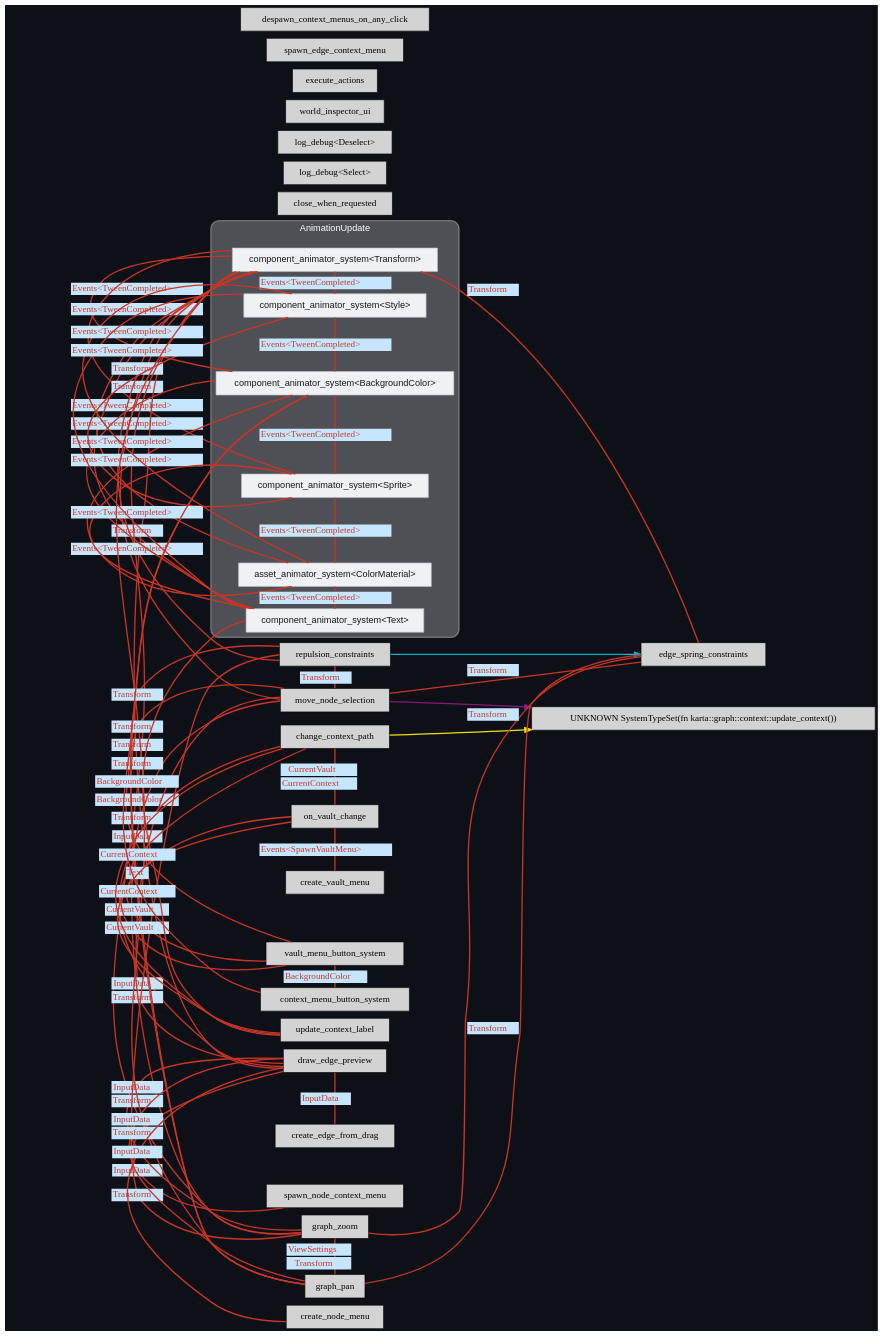
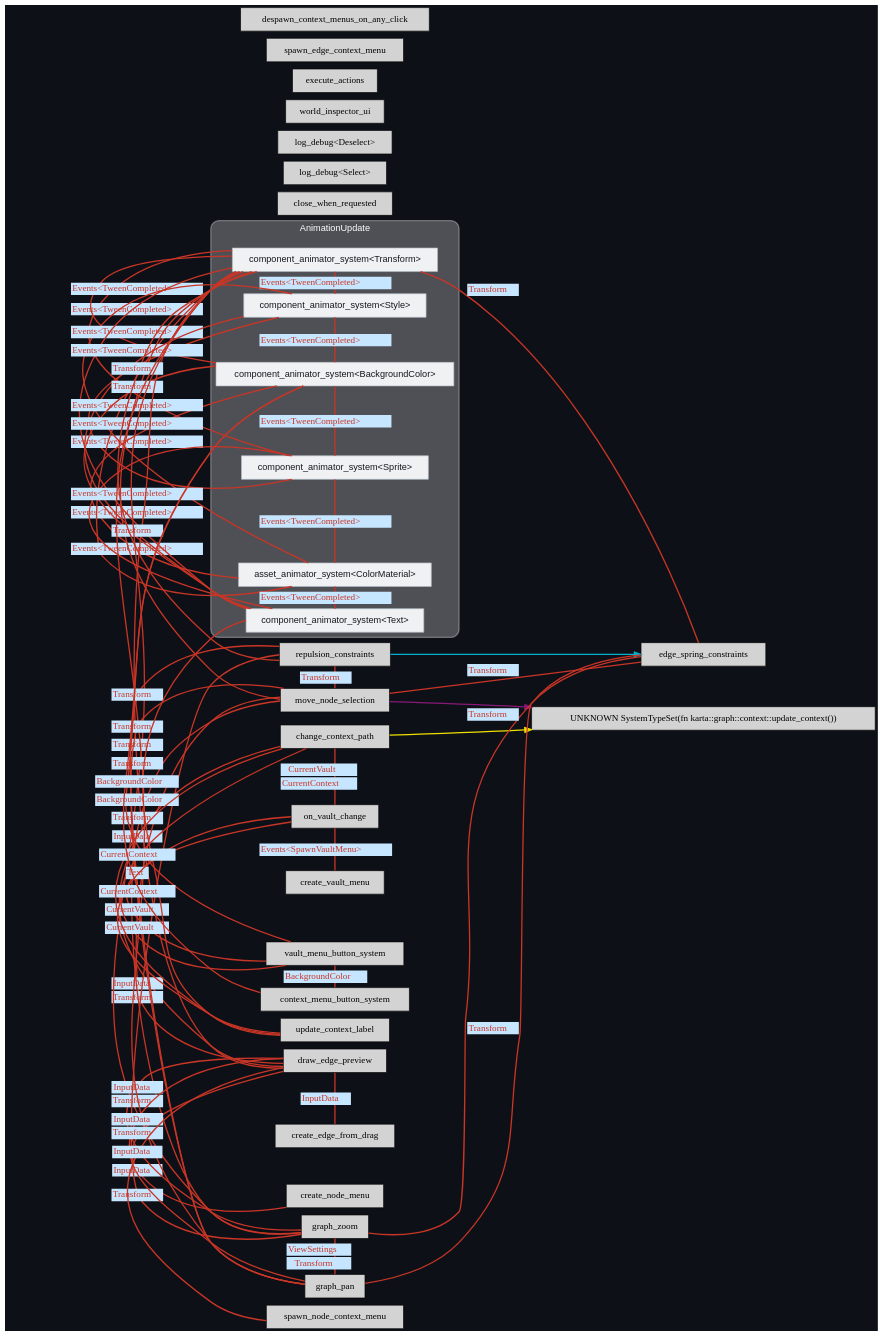
Before and after one commit to teodosin/karta: the diagram in src/schedule_graphs/update.dot, drawn with Graphviz. The commit also changed 9 other files, not shown here.

```diff
--- a/src/schedule_graphs/update.dot
+++ b/src/schedule_graphs/update.dot
@@ -50,16 +50,21 @@
 	"node_System(6)" -> "UNKNOWN SystemTypeSet(fn karta::graph::context::update_context())" ["lhead"="", "ltail"="", "tooltip"="move_node_selection → SystemTypeSet(update_context())", "color"="#881877"]
 	"node_System(10)" -> "node_System(11)" ["lhead"="", "ltail"="", "tooltip"="repulsion_constraints → edge_spring_constraints", "color"="#00b0cc"]
 	"node_System(5)" -> "node_System(4)" ["dir"="none", "constraint"="false", "color"="#c93526", "fontcolor"="#c93526", "label"=<<table border="0" cellborder="0"><tr><td bgcolor="#c6e6ff">CurrentVault</td></tr><tr><td bgcolor="#c6e6ff">CurrentContext</td></tr></table>>, "labeltooltip"="change_context_path — on_vault_change"]
+	"node_System(6)" -> "node_System(16)" ["dir"="none", "constraint"="false", "color"="#c93526", "fontcolor"="#c93526", "label"=<<table border="0" cellborder="0"><tr><td bgcolor="#c6e6ff">Transform</td></tr></table>>, "labeltooltip"="move_node_selection — component_animator_system<Transform>"]
 	"node_System(8)" -> "node_System(5)" ["dir"="none", "constraint"="false", "color"="#c93526", "fontcolor"="#c93526", "label"=<<table border="0" cellborder="0"><tr><td bgcolor="#c6e6ff">InputData</td></tr></table>>, "labeltooltip"="draw_edge_preview — change_context_path"]
 	"node_System(8)" -> "node_System(6)" ["dir"="none", "constraint"="false", "color"="#c93526", "fontcolor"="#c93526", "label"=<<table border="0" cellborder="0"><tr><td bgcolor="#c6e6ff">InputData</td></tr><tr><td bgcolor="#c6e6ff">Transform</td></tr></table>>, "labeltooltip"="draw_edge_preview — move_node_selection"]
 	"node_System(8)" -> "node_System(7)" ["dir"="none", "constraint"="false", "color"="#c93526", "fontcolor"="#c93526", "label"=<<table border="0" cellborder="0"><tr><td bgcolor="#c6e6ff">InputData</td></tr></table>>, "labeltooltip"="draw_edge_preview — create_edge_from_drag"]
-	"node_System(8)" -> "node_System(25)" ["dir"="none", "constraint"="false", "color"="#c93526", "fontcolor"="#c93526", "label"=<<table border="0" cellborder="0"><tr><td bgcolor="#c6e6ff">InputData</td></tr></table>>, "labeltooltip"="draw_edge_preview — spawn_node_context_menu"]
+	"node_System(8)" -> "node_System(16)" ["dir"="none", "constraint"="false", "color"="#c93526", "fontcolor"="#c93526", "label"=<<table border="0" cellborder="0"><tr><td bgcolor="#c6e6ff">Transform</td></tr></table>>, "labeltooltip"="draw_edge_preview — component_animator_system<Transform>"]
+	"node_System(8)" -> "node_System(22)" ["dir"="none", "constraint"="false", "color"="#c93526", "fontcolor"="#c93526", "label"=<<table border="0" cellborder="0"><tr><td bgcolor="#c6e6ff">InputData</td></tr></table>>, "labeltooltip"="draw_edge_preview — create_node_menu"]
 	"node_System(10)" -> "node_System(6)" ["dir"="none", "constraint"="false", "color"="#c93526", "fontcolor"="#c93526", "label"=<<table border="0" cellborder="0"><tr><td bgcolor="#c6e6ff">Transform</td></tr></table>>, "labeltooltip"="repulsion_constraints — move_node_selection"]
+	"node_System(10)" -> "node_System(16)" ["dir"="none", "constraint"="false", "color"="#c93526", "fontcolor"="#c93526", "label"=<<table border="0" cellborder="0"><tr><td bgcolor="#c6e6ff">Transform</td></tr></table>>, "labeltooltip"="repulsion_constraints — component_animator_system<Transform>"]
 	"node_System(11)" -> "node_System(6)" ["dir"="none", "constraint"="false", "color"="#c93526", "fontcolor"="#c93526", "label"=<<table border="0" cellborder="0"><tr><td bgcolor="#c6e6ff">Transform</td></tr></table>>, "labeltooltip"="edge_spring_constraints — move_node_selection"]
+	"node_System(11)" -> "node_System(16)" ["dir"="none", "constraint"="false", "color"="#c93526", "fontcolor"="#c93526", "label"=<<table border="0" cellborder="0"><tr><td bgcolor="#c6e6ff">Transform</td></tr></table>>, "labeltooltip"="edge_spring_constraints — component_animator_system<Transform>"]
 	"node_System(12)" -> "node_System(6)" ["dir"="none", "constraint"="false", "color"="#c93526", "fontcolor"="#c93526", "label"=<<table border="0" cellborder="0"><tr><td bgcolor="#c6e6ff">Transform</td></tr></table>>, "labeltooltip"="graph_zoom — move_node_selection"]
 	"node_System(12)" -> "node_System(8)" ["dir"="none", "constraint"="false", "color"="#c93526", "fontcolor"="#c93526", "label"=<<table border="0" cellborder="0"><tr><td bgcolor="#c6e6ff">InputData</td></tr><tr><td bgcolor="#c6e6ff">Transform</td></tr></table>>, "labeltooltip"="graph_zoom — draw_edge_preview"]
 	"node_System(12)" -> "node_System(10)" ["dir"="none", "constraint"="false", "color"="#c93526", "fontcolor"="#c93526", "label"=<<table border="0" cellborder="0"><tr><td bgcolor="#c6e6ff">Transform</td></tr></table>>, "labeltooltip"="graph_zoom — repulsion_constraints"]
 	"node_System(12)" -> "node_System(11)" ["dir"="none", "constraint"="false", "color"="#c93526", "fontcolor"="#c93526", "label"=<<table border="0" cellborder="0"><tr><td bgcolor="#c6e6ff">Transform</td></tr></table>>, "labeltooltip"="graph_zoom — edge_spring_constraints"]
+	"node_System(12)" -> "node_System(16)" ["dir"="none", "constraint"="false", "color"="#c93526", "fontcolor"="#c93526", "label"=<<table border="0" cellborder="0"><tr><td bgcolor="#c6e6ff">Transform</td></tr></table>>, "labeltooltip"="graph_zoom — component_animator_system<Transform>"]
 	"node_System(13)" -> "node_System(6)" ["dir"="none", "constraint"="false", "color"="#c93526", "fontcolor"="#c93526", "label"=<<table border="0" cellborder="0"><tr><td bgcolor="#c6e6ff">Transform</td></tr></table>>, "labeltooltip"="graph_pan — move_node_selection"]
 	"node_System(13)" -> "node_System(8)" ["dir"="none", "constraint"="false", "color"="#c93526", "fontcolor"="#c93526", "label"=<<table border="0" cellborder="0"><tr><td bgcolor="#c6e6ff">InputData</td></tr><tr><td bgcolor="#c6e6ff">Transform</td></tr></table>>, "labeltooltip"="graph_pan — draw_edge_preview"]
 	"node_System(13)" -> "node_System(10)" ["dir"="none", "constraint"="false", "color"="#c93526", "fontcolor"="#c93526", "label"=<<table border="0" cellborder="0"><tr><td bgcolor="#c6e6ff">Transform</td></tr></table>>, "labeltooltip"="graph_pan — repulsion_constraints"]
@@ -69,31 +74,26 @@
 	"node_System(14)" -> "node_System(4)" ["dir"="none", "constraint"="false", "color"="#c93526", "fontcolor"="#c93526", "label"=<<table border="0" cellborder="0"><tr><td bgcolor="#c6e6ff">Events&lt;SpawnVaultMenu&gt;</td></tr></table>>, "labeltooltip"="create_vault_menu — on_vault_change"]
 	"node_System(15)" -> "node_System(4)" ["dir"="none", "constraint"="false", "color"="#c93526", "fontcolor"="#c93526", "label"=<<table border="0" cellborder="0"><tr><td bgcolor="#c6e6ff">CurrentVault</td></tr></table>>, "labeltooltip"="vault_menu_button_system — on_vault_change"]
 	"node_System(15)" -> "node_System(5)" ["dir"="none", "constraint"="false", "color"="#c93526", "fontcolor"="#c93526", "label"=<<table border="0" cellborder="0"><tr><td bgcolor="#c6e6ff">CurrentVault</td></tr></table>>, "labeltooltip"="vault_menu_button_system — change_context_path"]
-	"node_System(16)" -> "node_System(6)" ["dir"="none", "constraint"="false", "color"="#c93526", "fontcolor"="#c93526", "label"=<<table border="0" cellborder="0"><tr><td bgcolor="#c6e6ff">Transform</td></tr></table>>, "labeltooltip"="component_animator_system<Transform> — move_node_selection"]
-	"node_System(16)" -> "node_System(8)" ["dir"="none", "constraint"="false", "color"="#c93526", "fontcolor"="#c93526", "label"=<<table border="0" cellborder="0"><tr><td bgcolor="#c6e6ff">Transform</td></tr></table>>, "labeltooltip"="component_animator_system<Transform> — draw_edge_preview"]
-	"node_System(16)" -> "node_System(10)" ["dir"="none", "constraint"="false", "color"="#c93526", "fontcolor"="#c93526", "label"=<<table border="0" cellborder="0"><tr><td bgcolor="#c6e6ff">Transform</td></tr></table>>, "labeltooltip"="component_animator_system<Transform> — repulsion_constraints"]
-	"node_System(16)" -> "node_System(11)" ["dir"="none", "constraint"="false", "color"="#c93526", "fontcolor"="#c93526", "label"=<<table border="0" cellborder="0"><tr><td bgcolor="#c6e6ff">Transform</td></tr></table>>, "labeltooltip"="component_animator_system<Transform> — edge_spring_constraints"]
-	"node_System(16)" -> "node_System(12)" ["dir"="none", "constraint"="false", "color"="#c93526", "fontcolor"="#c93526", "label"=<<table border="0" cellborder="0"><tr><td bgcolor="#c6e6ff">Transform</td></tr></table>>, "labeltooltip"="component_animator_system<Transform> — graph_zoom"]
-	"node_System(16)" -> "node_System(17)" ["dir"="none", "constraint"="false", "color"="#c93526", "fontcolor"="#c93526", "label"=<<table border="0" cellborder="0"><tr><td bgcolor="#c6e6ff">Events&lt;TweenCompleted&gt;</td></tr></table>>, "labeltooltip"="component_animator_system<Transform> — component_animator_system<Style>"]
-	"node_System(16)" -> "node_System(18)" ["dir"="none", "constraint"="false", "color"="#c93526", "fontcolor"="#c93526", "label"=<<table border="0" cellborder="0"><tr><td bgcolor="#c6e6ff">Events&lt;TweenCompleted&gt;</td></tr></table>>, "labeltooltip"="component_animator_system<Transform> — component_animator_system<BackgroundColor>"]
+	"node_System(15)" -> "node_System(18)" ["dir"="none", "constraint"="false", "color"="#c93526", "fontcolor"="#c93526", "label"=<<table border="0" cellborder="0"><tr><td bgcolor="#c6e6ff">BackgroundColor</td></tr></table>>, "labeltooltip"="vault_menu_button_system — component_animator_system<BackgroundColor>"]
 	"node_System(16)" -> "node_System(19)" ["dir"="none", "constraint"="false", "color"="#c93526", "fontcolor"="#c93526", "label"=<<table border="0" cellborder="0"><tr><td bgcolor="#c6e6ff">Events&lt;TweenCompleted&gt;</td></tr></table>>, "labeltooltip"="component_animator_system<Transform> — component_animator_system<Sprite>"]
-	"node_System(16)" -> "node_System(20)" ["dir"="none", "constraint"="false", "color"="#c93526", "fontcolor"="#c93526", "label"=<<table border="0" cellborder="0"><tr><td bgcolor="#c6e6ff">Events&lt;TweenCompleted&gt;</td></tr></table>>, "labeltooltip"="component_animator_system<Transform> — asset_animator_system<ColorMaterial>"]
-	"node_System(16)" -> "node_System(21)" ["dir"="none", "constraint"="false", "color"="#c93526", "fontcolor"="#c93526", "label"=<<table border="0" cellborder="0"><tr><td bgcolor="#c6e6ff">Events&lt;TweenCompleted&gt;</td></tr></table>>, "labeltooltip"="component_animator_system<Transform> — component_animator_system<Text>"]
-	"node_System(18)" -> "node_System(15)" ["dir"="none", "constraint"="false", "color"="#c93526", "fontcolor"="#c93526", "label"=<<table border="0" cellborder="0"><tr><td bgcolor="#c6e6ff">BackgroundColor</td></tr></table>>, "labeltooltip"="component_animator_system<BackgroundColor> — vault_menu_button_system"]
+	"node_System(17)" -> "node_System(16)" ["dir"="none", "constraint"="false", "color"="#c93526", "fontcolor"="#c93526", "label"=<<table border="0" cellborder="0"><tr><td bgcolor="#c6e6ff">Events&lt;TweenCompleted&gt;</td></tr></table>>, "labeltooltip"="component_animator_system<Style> — component_animator_system<Transform>"]
+	"node_System(17)" -> "node_System(19)" ["dir"="none", "constraint"="false", "color"="#c93526", "fontcolor"="#c93526", "label"=<<table border="0" cellborder="0"><tr><td bgcolor="#c6e6ff">Events&lt;TweenCompleted&gt;</td></tr></table>>, "labeltooltip"="component_animator_system<Style> — component_animator_system<Sprite>"]
+	"node_System(18)" -> "node_System(16)" ["dir"="none", "constraint"="false", "color"="#c93526", "fontcolor"="#c93526", "label"=<<table border="0" cellborder="0"><tr><td bgcolor="#c6e6ff">Events&lt;TweenCompleted&gt;</td></tr></table>>, "labeltooltip"="component_animator_system<BackgroundColor> — component_animator_system<Transform>"]
 	"node_System(18)" -> "node_System(17)" ["dir"="none", "constraint"="false", "color"="#c93526", "fontcolor"="#c93526", "label"=<<table border="0" cellborder="0"><tr><td bgcolor="#c6e6ff">Events&lt;TweenCompleted&gt;</td></tr></table>>, "labeltooltip"="component_animator_system<BackgroundColor> — component_animator_system<Style>"]
 	"node_System(18)" -> "node_System(19)" ["dir"="none", "constraint"="false", "color"="#c93526", "fontcolor"="#c93526", "label"=<<table border="0" cellborder="0"><tr><td bgcolor="#c6e6ff">Events&lt;TweenCompleted&gt;</td></tr></table>>, "labeltooltip"="component_animator_system<BackgroundColor> — component_animator_system<Sprite>"]
 	"node_System(18)" -> "node_System(20)" ["dir"="none", "constraint"="false", "color"="#c93526", "fontcolor"="#c93526", "label"=<<table border="0" cellborder="0"><tr><td bgcolor="#c6e6ff">Events&lt;TweenCompleted&gt;</td></tr></table>>, "labeltooltip"="component_animator_system<BackgroundColor> — asset_animator_system<ColorMaterial>"]
-	"node_System(18)" -> "node_System(21)" ["dir"="none", "constraint"="false", "color"="#c93526", "fontcolor"="#c93526", "label"=<<table border="0" cellborder="0"><tr><td bgcolor="#c6e6ff">Events&lt;TweenCompleted&gt;</td></tr></table>>, "labeltooltip"="component_animator_system<BackgroundColor> — component_animator_system<Text>"]
-	"node_System(19)" -> "node_System(17)" ["dir"="none", "constraint"="false", "color"="#c93526", "fontcolor"="#c93526", "label"=<<table border="0" cellborder="0"><tr><td bgcolor="#c6e6ff">Events&lt;TweenCompleted&gt;</td></tr></table>>, "labeltooltip"="component_animator_system<Sprite> — component_animator_system<Style>"]
-	"node_System(19)" -> "node_System(21)" ["dir"="none", "constraint"="false", "color"="#c93526", "fontcolor"="#c93526", "label"=<<table border="0" cellborder="0"><tr><td bgcolor="#c6e6ff">Events&lt;TweenCompleted&gt;</td></tr></table>>, "labeltooltip"="component_animator_system<Sprite> — component_animator_system<Text>"]
+	"node_System(20)" -> "node_System(16)" ["dir"="none", "constraint"="false", "color"="#c93526", "fontcolor"="#c93526", "label"=<<table border="0" cellborder="0"><tr><td bgcolor="#c6e6ff">Events&lt;TweenCompleted&gt;</td></tr></table>>, "labeltooltip"="asset_animator_system<ColorMaterial> — component_animator_system<Transform>"]
 	"node_System(20)" -> "node_System(17)" ["dir"="none", "constraint"="false", "color"="#c93526", "fontcolor"="#c93526", "label"=<<table border="0" cellborder="0"><tr><td bgcolor="#c6e6ff">Events&lt;TweenCompleted&gt;</td></tr></table>>, "labeltooltip"="asset_animator_system<ColorMaterial> — component_animator_system<Style>"]
 	"node_System(20)" -> "node_System(19)" ["dir"="none", "constraint"="false", "color"="#c93526", "fontcolor"="#c93526", "label"=<<table border="0" cellborder="0"><tr><td bgcolor="#c6e6ff">Events&lt;TweenCompleted&gt;</td></tr></table>>, "labeltooltip"="asset_animator_system<ColorMaterial> — component_animator_system<Sprite>"]
-	"node_System(20)" -> "node_System(21)" ["dir"="none", "constraint"="false", "color"="#c93526", "fontcolor"="#c93526", "label"=<<table border="0" cellborder="0"><tr><td bgcolor="#c6e6ff">Events&lt;TweenCompleted&gt;</td></tr></table>>, "labeltooltip"="asset_animator_system<ColorMaterial> — component_animator_system<Text>"]
+	"node_System(21)" -> "node_System(16)" ["dir"="none", "constraint"="false", "color"="#c93526", "fontcolor"="#c93526", "label"=<<table border="0" cellborder="0"><tr><td bgcolor="#c6e6ff">Events&lt;TweenCompleted&gt;</td></tr></table>>, "labeltooltip"="component_animator_system<Text> — component_animator_system<Transform>"]
 	"node_System(21)" -> "node_System(17)" ["dir"="none", "constraint"="false", "color"="#c93526", "fontcolor"="#c93526", "label"=<<table border="0" cellborder="0"><tr><td bgcolor="#c6e6ff">Events&lt;TweenCompleted&gt;</td></tr></table>>, "labeltooltip"="component_animator_system<Text> — component_animator_system<Style>"]
-	"node_System(22)" -> "node_System(8)" ["dir"="none", "constraint"="false", "color"="#c93526", "fontcolor"="#c93526", "label"=<<table border="0" cellborder="0"><tr><td bgcolor="#c6e6ff">InputData</td></tr></table>>, "labeltooltip"="create_node_menu — draw_edge_preview"]
+	"node_System(21)" -> "node_System(18)" ["dir"="none", "constraint"="false", "color"="#c93526", "fontcolor"="#c93526", "label"=<<table border="0" cellborder="0"><tr><td bgcolor="#c6e6ff">Events&lt;TweenCompleted&gt;</td></tr></table>>, "labeltooltip"="component_animator_system<Text> — component_animator_system<BackgroundColor>"]
+	"node_System(21)" -> "node_System(19)" ["dir"="none", "constraint"="false", "color"="#c93526", "fontcolor"="#c93526", "label"=<<table border="0" cellborder="0"><tr><td bgcolor="#c6e6ff">Events&lt;TweenCompleted&gt;</td></tr></table>>, "labeltooltip"="component_animator_system<Text> — component_animator_system<Sprite>"]
+	"node_System(21)" -> "node_System(20)" ["dir"="none", "constraint"="false", "color"="#c93526", "fontcolor"="#c93526", "label"=<<table border="0" cellborder="0"><tr><td bgcolor="#c6e6ff">Events&lt;TweenCompleted&gt;</td></tr></table>>, "labeltooltip"="component_animator_system<Text> — asset_animator_system<ColorMaterial>"]
 	"node_System(23)" -> "node_System(4)" ["dir"="none", "constraint"="false", "color"="#c93526", "fontcolor"="#c93526", "label"=<<table border="0" cellborder="0"><tr><td bgcolor="#c6e6ff">CurrentContext</td></tr></table>>, "labeltooltip"="update_context_label — on_vault_change"]
 	"node_System(23)" -> "node_System(5)" ["dir"="none", "constraint"="false", "color"="#c93526", "fontcolor"="#c93526", "label"=<<table border="0" cellborder="0"><tr><td bgcolor="#c6e6ff">CurrentContext</td></tr></table>>, "labeltooltip"="update_context_label — change_context_path"]
 	"node_System(23)" -> "node_System(21)" ["dir"="none", "constraint"="false", "color"="#c93526", "fontcolor"="#c93526", "label"=<<table border="0" cellborder="0"><tr><td bgcolor="#c6e6ff">Text</td></tr></table>>, "labeltooltip"="update_context_label — component_animator_system<Text>"]
 	"node_System(24)" -> "node_System(15)" ["dir"="none", "constraint"="false", "color"="#c93526", "fontcolor"="#c93526", "label"=<<table border="0" cellborder="0"><tr><td bgcolor="#c6e6ff">BackgroundColor</td></tr></table>>, "labeltooltip"="context_menu_button_system — vault_menu_button_system"]
 	"node_System(24)" -> "node_System(18)" ["dir"="none", "constraint"="false", "color"="#c93526", "fontcolor"="#c93526", "label"=<<table border="0" cellborder="0"><tr><td bgcolor="#c6e6ff">BackgroundColor</td></tr></table>>, "labeltooltip"="context_menu_button_system — component_animator_system<BackgroundColor>"]
+	"node_System(25)" -> "node_System(8)" ["dir"="none", "constraint"="false", "color"="#c93526", "fontcolor"="#c93526", "label"=<<table border="0" cellborder="0"><tr><td bgcolor="#c6e6ff">InputData</td></tr></table>>, "labeltooltip"="spawn_node_context_menu — draw_edge_preview"]
 }
```
